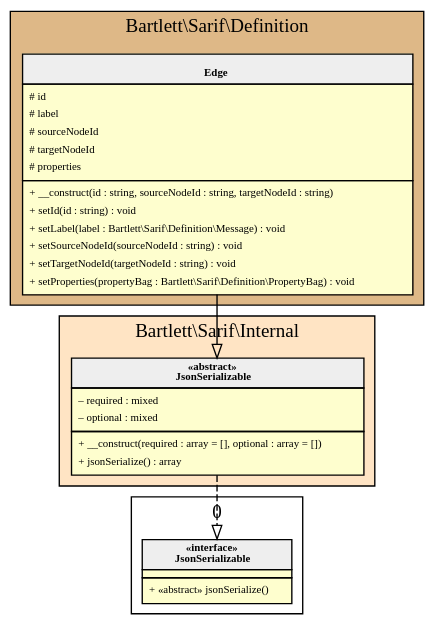
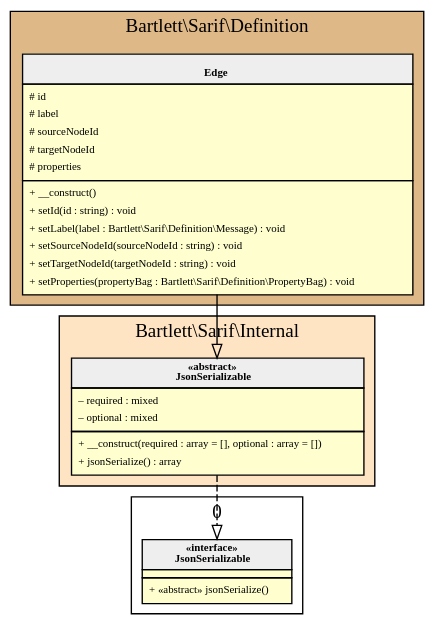
One commit to llaville/sarif-php-sdk changed the diagram in 2.0/assets/images/reference-edge.html.gv. Above: the diagram before and after it, drawn with Graphviz. The commit also changed 113 other files, not shown here.

```diff
--- a/2.0/assets/images/reference-edge.html.gv
+++ b/2.0/assets/images/reference-edge.html.gv
@@ -1,57 +1,57 @@
 digraph {
   graph [name="G" overlap="false" rankdir="TB" bgcolor="transparent"]
   node [fontname="Verdana" fontsize=8 shape="none" margin=0 fillcolor="#FEFECE" style="filled"]
   edge [fontname="Verdana" fontsize=8]
   subgraph cluster_0 {
     graph [bgcolor="BurlyWood"]
     label = "Bartlett\\Sarif\\Definition"
     "Bartlett\\Sarif\\Definition\\Edge" [shape="none" label=<
 <table cellspacing="0" border="0" cellborder="1">
     <tr><td bgcolor="#eeeeee"><b><br/>Edge</b></td></tr>
     <tr><td><table border="0" cellspacing="0" cellpadding="2">
     <tr><td align="left"># id</td></tr>
     <tr><td align="left"># label</td></tr>
     <tr><td align="left"># sourceNodeId</td></tr>
     <tr><td align="left"># targetNodeId</td></tr>
     <tr><td align="left"># properties</td></tr>
 </table></td></tr>
     <tr><td><table border="0" cellspacing="0" cellpadding="2">
-    <tr><td align="left">+ __construct(id : string, sourceNodeId : string, targetNodeId : string)</td></tr>
+    <tr><td align="left">+ __construct()</td></tr>
     <tr><td align="left">+ setId(id : string) : void</td></tr>
     <tr><td align="left">+ setLabel(label : Bartlett\\Sarif\\Definition\\Message) : void</td></tr>
     <tr><td align="left">+ setSourceNodeId(sourceNodeId : string) : void</td></tr>
     <tr><td align="left">+ setTargetNodeId(targetNodeId : string) : void</td></tr>
     <tr><td align="left">+ setProperties(propertyBag : Bartlett\\Sarif\\Definition\\PropertyBag) : void</td></tr>
 </table></td></tr>
 </table>>]
   }
   subgraph cluster_1 {
     graph [bgcolor="Bisque"]
     label = "Bartlett\\Sarif\\Internal"
     "Bartlett\\Sarif\\Internal\\JsonSerializable" [shape="none" label=<
 <table cellspacing="0" border="0" cellborder="1">
     <tr><td bgcolor="#eeeeee"><b>«abstract»<br/>JsonSerializable</b></td></tr>
     <tr><td><table border="0" cellspacing="0" cellpadding="2">
     <tr><td align="left">– required : mixed</td></tr>
     <tr><td align="left">– optional : mixed</td></tr>
 </table></td></tr>
     <tr><td><table border="0" cellspacing="0" cellpadding="2">
     <tr><td align="left">+ __construct(required : array = [], optional : array = [])</td></tr>
     <tr><td align="left">+ jsonSerialize() : array</td></tr>
 </table></td></tr>
 </table>>]
   }
   subgraph cluster_2 {
     label = 0
     "JsonSerializable" [shape="none" label=<
 <table cellspacing="0" border="0" cellborder="1">
     <tr><td bgcolor="#eeeeee"><b>«interface»<br/>JsonSerializable</b></td></tr>
     <tr><td></td></tr>
     <tr><td><table border="0" cellspacing="0" cellpadding="2">
     <tr><td align="left">+ «abstract» jsonSerialize()</td></tr>
 </table></td></tr>
 </table>>]
   }
   "Bartlett\\Sarif\\Internal\\JsonSerializable" -> "JsonSerializable" [arrowhead="empty" style="dashed"]
   "Bartlett\\Sarif\\Definition\\Edge" -> "Bartlett\\Sarif\\Internal\\JsonSerializable" [arrowhead="empty" style="filled"]
 }
```
